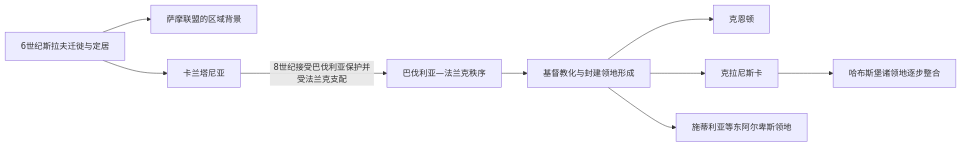
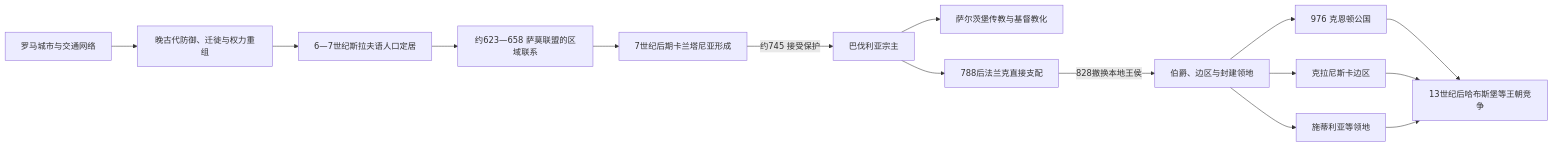
The diagram in 人文科学/历史/欧洲/东南欧与巴尔干/斯洛文尼亚/早期斯拉夫定居与卡兰塔尼亚.md (tianlan-dev/learning-notes), drawn with Mermaid before and after one commit. The commit also changed other lines of this file and 1417 other files, not shown here.

````diff
--- a/人文科学/历史/欧洲/东南欧与巴尔干/斯洛文尼亚/早期斯拉夫定居与卡兰塔尼亚.md
+++ b/人文科学/历史/欧洲/东南欧与巴尔干/斯洛文尼亚/早期斯拉夫定居与卡兰塔尼亚.md
@@ -15,11 +17,17 @@
 ```mermaid
 flowchart LR
-    Migration["6世纪斯拉夫迁徙与定居"] --> Samo["萨摩联盟的区域背景"]
-    Migration --> Carantania["卡兰塔尼亚"]
-    Carantania -->|"8世纪接受巴伐利亚保护并受法兰克支配"| Frankish["巴伐利亚—法兰克秩序"]
-    Frankish --> Christian["基督教化与封建领地形成"]
-    Christian --> Carinthia["克恩顿"]
-    Christian --> Carniola["克拉尼斯卡"]
-    Christian --> Styria["施蒂利亚等东阿尔卑斯领地"]
-    Carniola --> Habsburg["哈布斯堡诸领地逐步整合"]
+    Roman["罗马城市与交通网络"] --> LateAntique["晚古代防御、迁徙与权力重组"]
+    LateAntique --> Settlement["6—7世纪斯拉夫语人口定居"]
+    Settlement --> Samo["约623—658 萨莫联盟的区域联系"]
+    Samo --> Carantania["7世纪后期卡兰塔尼亚形成"]
+    Carantania -->|约745 接受保护| Bavaria["巴伐利亚宗主"]
+    Bavaria --> Mission["萨尔茨堡传教与基督教化"]
+    Bavaria --> Francia["788后法兰克直接支配"]
+    Francia -->|828撤换本地王侯| Counties["伯爵、边区与封建领地"]
+    Counties --> Carinthia["976 克恩顿公国"]
+    Counties --> Carniola["克拉尼斯卡边区"]
+    Counties --> Styria["施蒂利亚等领地"]
+    Carinthia --> Habsburg["13世纪后哈布斯堡等王朝竞争"]
+    Carniola --> Habsburg
+    Styria --> Habsburg
 ```
````
